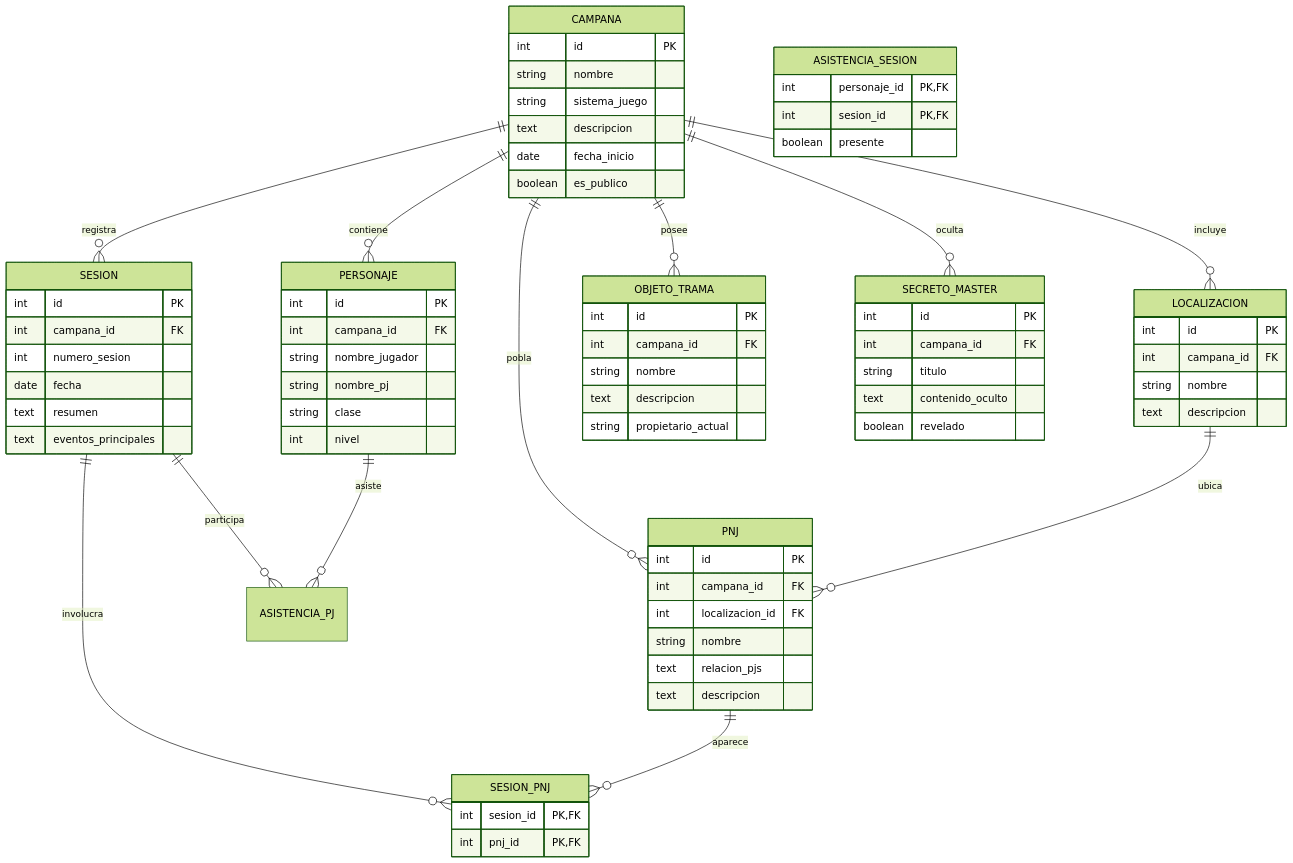
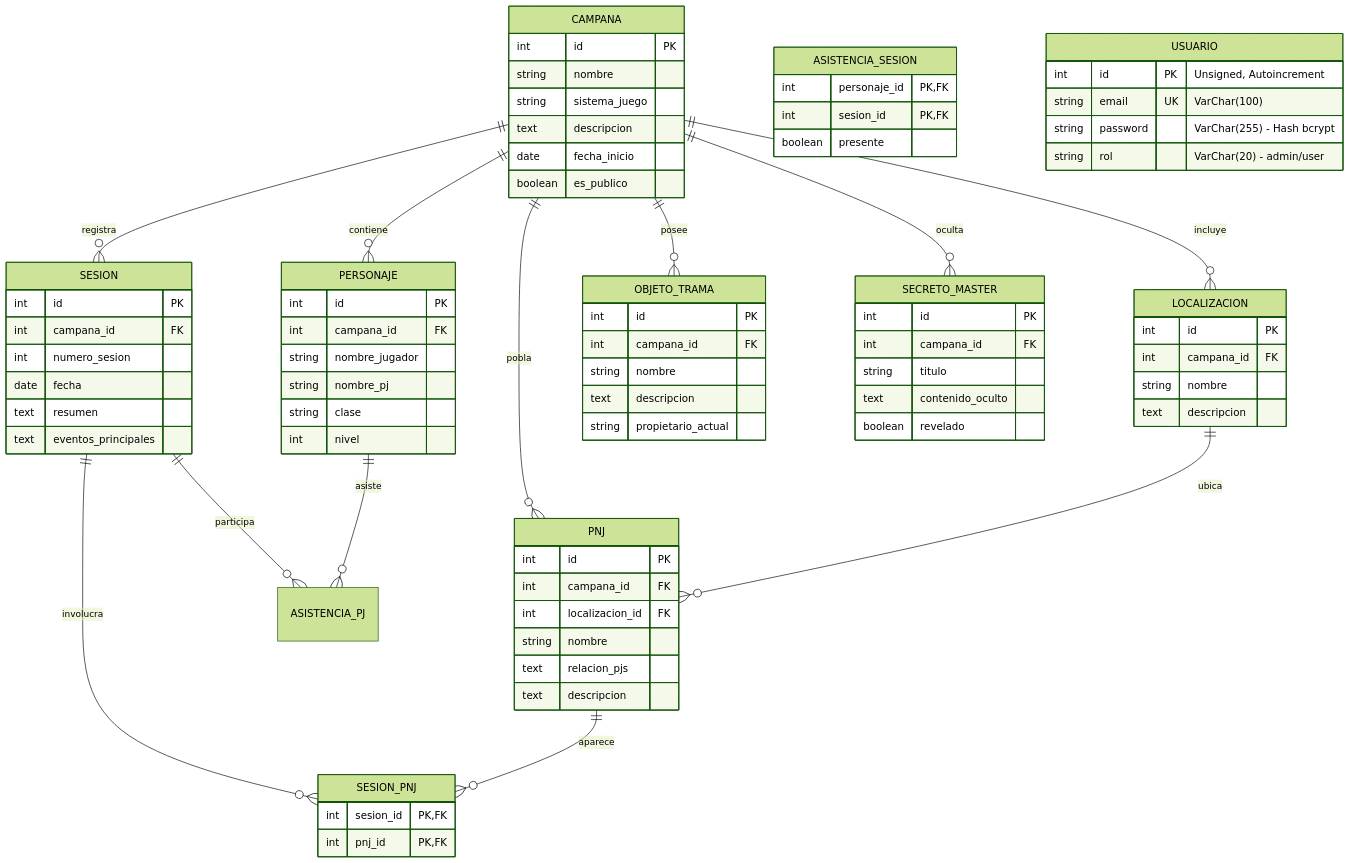
Before and after one commit to Nchsal/daw-proyecto-gestorrol: the diagram in docs/der.md, drawn with Mermaid (forest theme). The commit also changed 6 other files, not shown here.

````diff
--- a/docs/der.md
+++ b/docs/der.md
@@ -85,4 +85,11 @@
         int sesion_id PK, FK
         int pnj_id PK, FK
     }
+
+    USUARIO {
+        int id PK "Unsigned, Autoincrement"
+        string email UK "VarChar(100)"
+        string password "VarChar(255) - Hash bcrypt"
+        string rol "VarChar(20) - admin/user"
+    }
 ```
````
